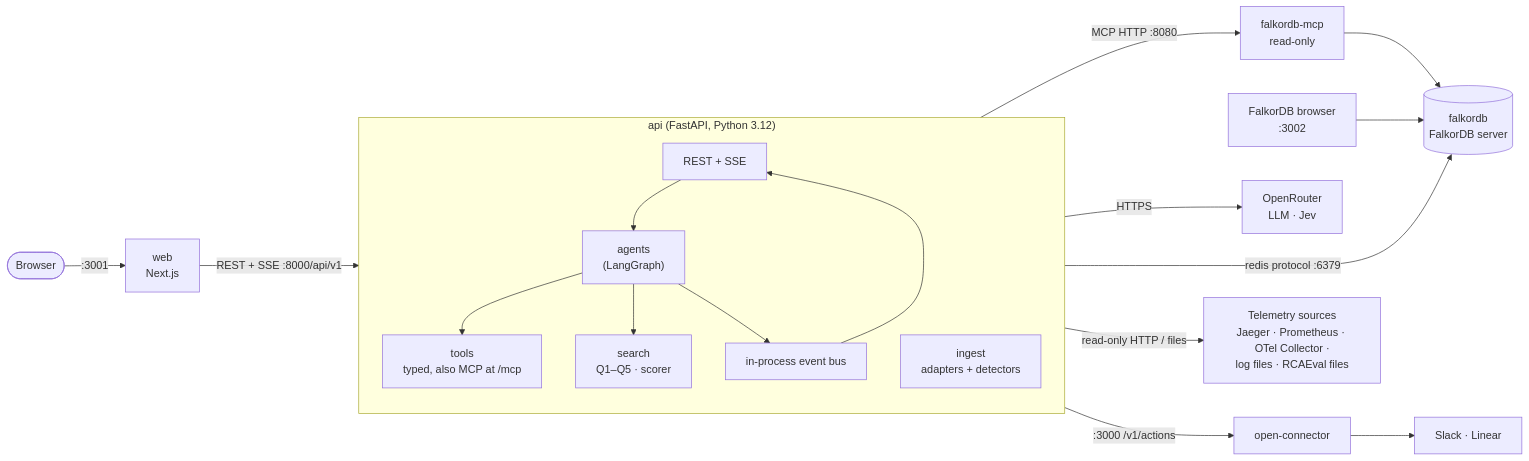
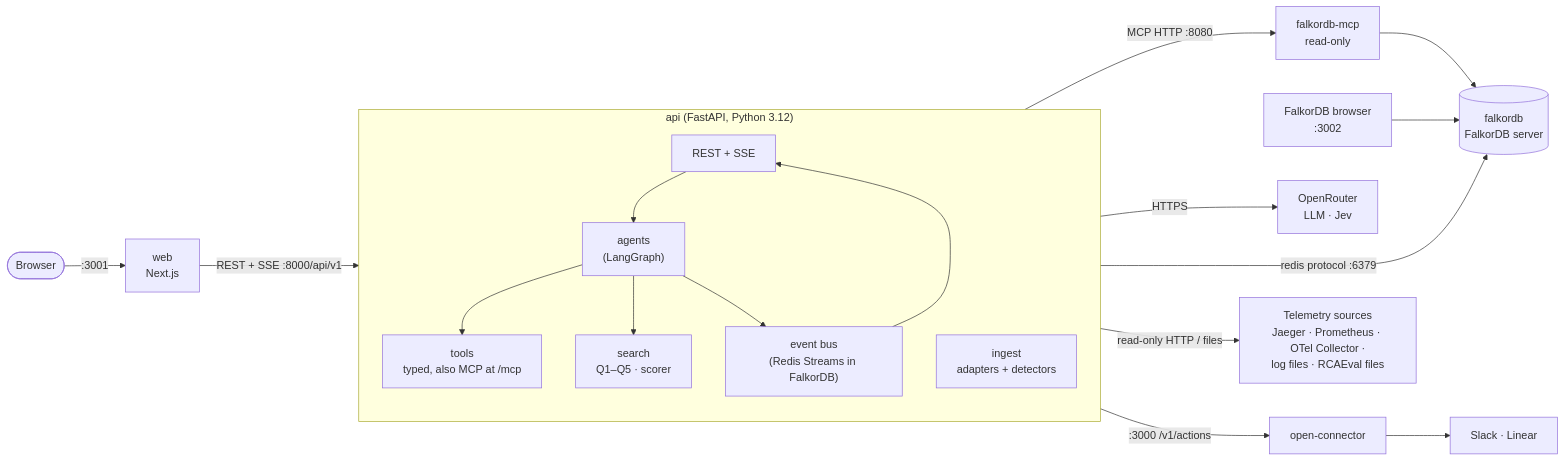
One commit to Prateek1771/epicenter changed the first of 4 diagrams in docs/HLD.md. Above: the diagram before and after it, drawn with Mermaid. The commit also changed other lines of this file and 27 other files, not shown here.

Commit message:
phase_6_rest_api_SSE_with_redis_streams_pagination_background_diagnosis

````diff
--- a/docs/HLD.md
+++ b/docs/HLD.md
@@ -23,27 +23,27 @@
 ```mermaid
 flowchart LR
     U(["Browser"]) -->|":3001"| WEB["web<br/>Next.js"]
     WEB -->|"REST + SSE :8000/api/v1"| API
 
     subgraph API["api (FastAPI, Python 3.12)"]
         direction TB
         REST["REST + SSE"]
         AGT["agents<br/>(LangGraph)"]
         SRCH["search<br/>Q1–Q5 · scorer"]
         TOOLS["tools<br/>typed, also MCP at /mcp"]
         ING["ingest<br/>adapters + detectors"]
-        BUS["in-process event bus"]
+        BUS["event bus<br/>(Redis Streams in FalkorDB)"]
         REST --> AGT --> TOOLS & SRCH
         AGT --> BUS --> REST
     end
 
     API -->|"redis protocol :6379"| FDB[("falkordb<br/>FalkorDB server")]
     FMCP["falkordb-mcp<br/>read-only"] --> FDB
     AGT -->|"MCP HTTP :8080"| FMCP
     BRW["FalkorDB browser<br/>:3002"] --> FDB
 
     AGT -->|HTTPS| OR["OpenRouter<br/>LLM · Jev"]
     AGT -->|":3000 /v1/actions"| OC["open-connector"] --> EXT["Slack · Linear"]
 
     ING -->|"read-only HTTP / files"| SRC["Telemetry sources<br/>Jaeger · Prometheus · OTel Collector ·<br/>log files · RCAEval files"]
 ```
````
